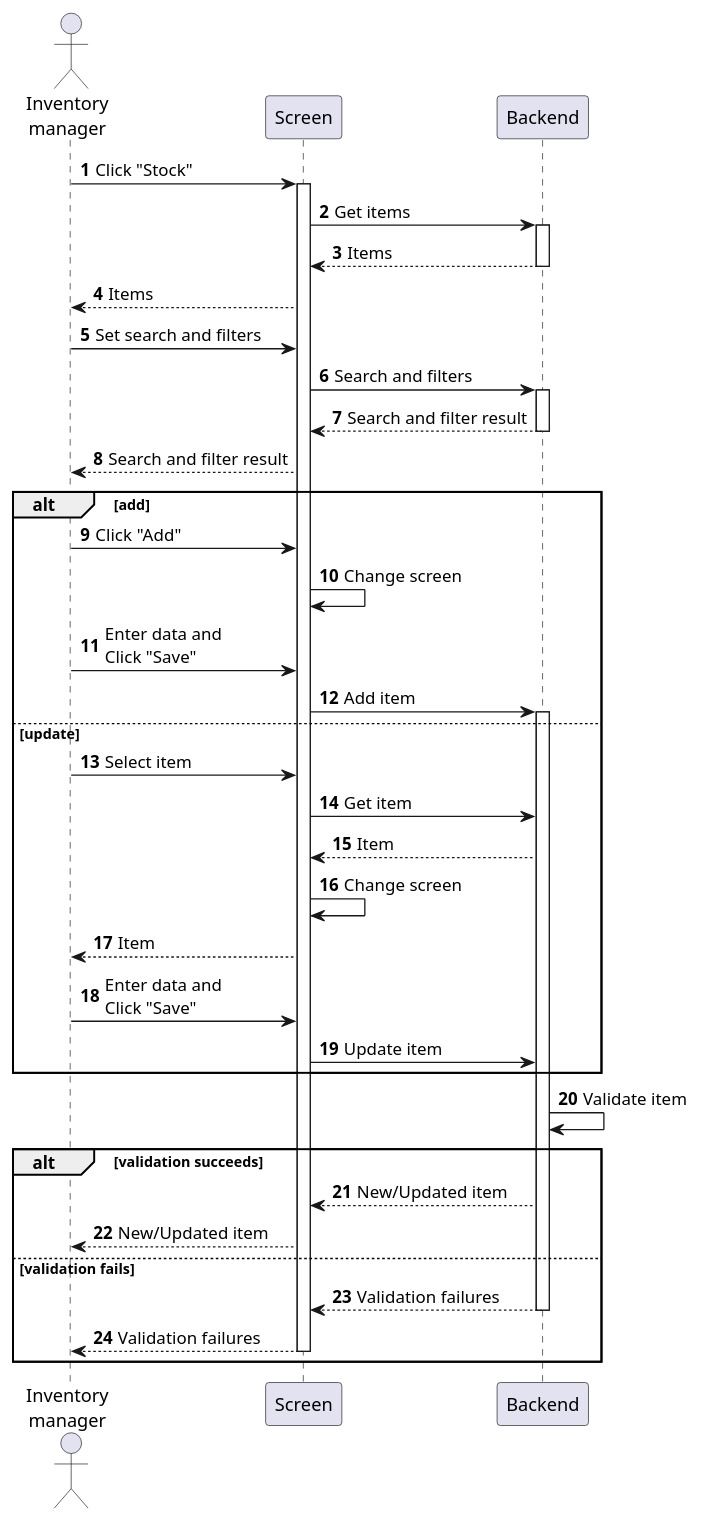
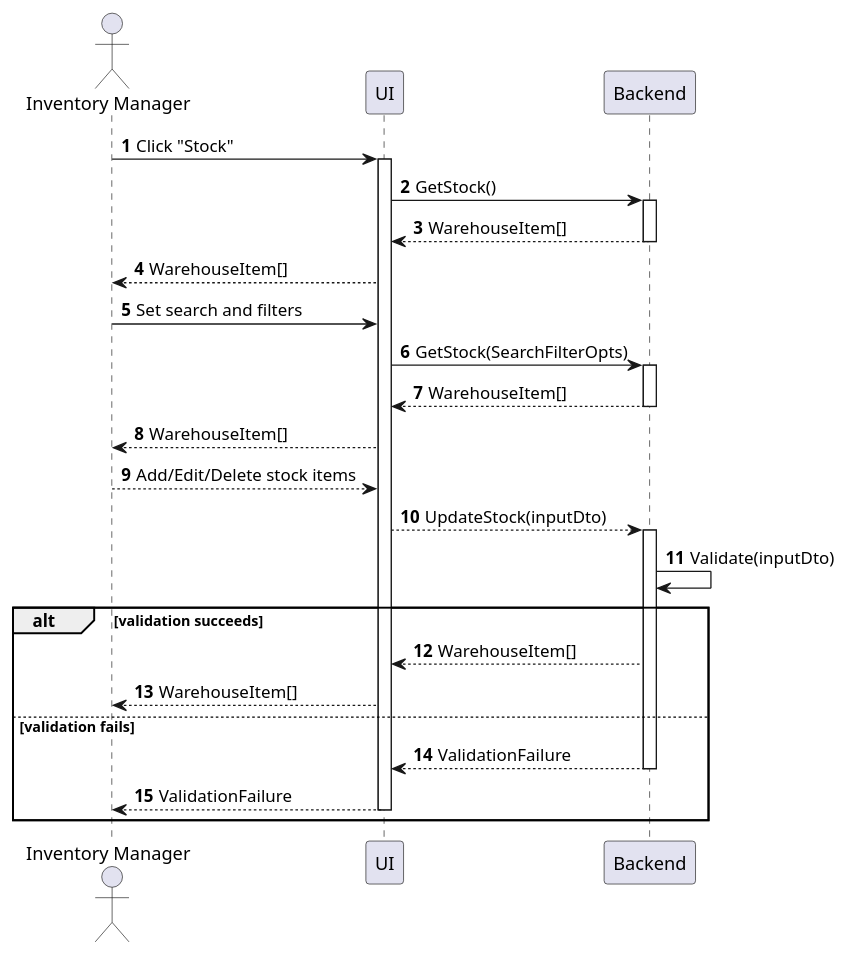
One commit to phihungha/SE357-Practice-class changed the diagram in Lab1/Lab1.2/sequences/inventory-stock-manage.plantuml. Above: the diagram before and after it, drawn with PlantUML. The commit also changed 200 other files, not shown here.

Commit message:
Improve purchase and production activities and sequences

```diff
--- a/Lab1/Lab1.2/sequences/inventory-stock-manage.plantuml
+++ b/Lab1/Lab1.2/sequences/inventory-stock-manage.plantuml
@@ -1,45 +1,30 @@
 @startuml inventory-stock-manage
 autonumber
 
-actor "Inventory\nmanager" as a
-participant Screen as f
+actor "Inventory Manager" as a
+participant UI as f
 participant Backend as b
 
 a -> f : Click "Stock"
 activate f
-f -> b : Get items
+f -> b : GetStock()
 activate b
-return Items
-f --> a : Items
+return WarehouseItem[]
+f --> a : WarehouseItem[]
 a -> f : Set search and filters
-f -> b : Search and filters
+f -> b : GetStock(SearchFilterOpts)
 activate b
-return Search and filter result
-f --> a : Search and filter result
-
-alt add
-    a -> f : Click "Add"
-    f -> f : Change screen
-    a -> f : Enter data and\nClick "Save"
-    f -> b : Add item
-    activate b
-else update
-    a -> f : Select item
-    f -> b : Get item
-    b --> f : Item
-    f -> f : Change screen
-    f --> a : Item
-    a -> f : Enter data and\nClick "Save"
-    f -> b : Update item
-end
-
-b -> b : Validate item
-
+return WarehouseItem[]
+f --> a : WarehouseItem[]
+a --> f : Add/Edit/Delete stock items
+f --> b : UpdateStock(inputDto)
+activate b
+b -> b : Validate(inputDto)
 alt validation succeeds
-    b --> f : New/Updated item
-    f --> a : New/Updated item
+    b --> f : WarehouseItem[]
+    f --> a : WarehouseItem[]
 else validation fails
-    return Validation failures
-    return Validation failures
+    return ValidationFailure
+    return ValidationFailure
 end
 @enduml
```
